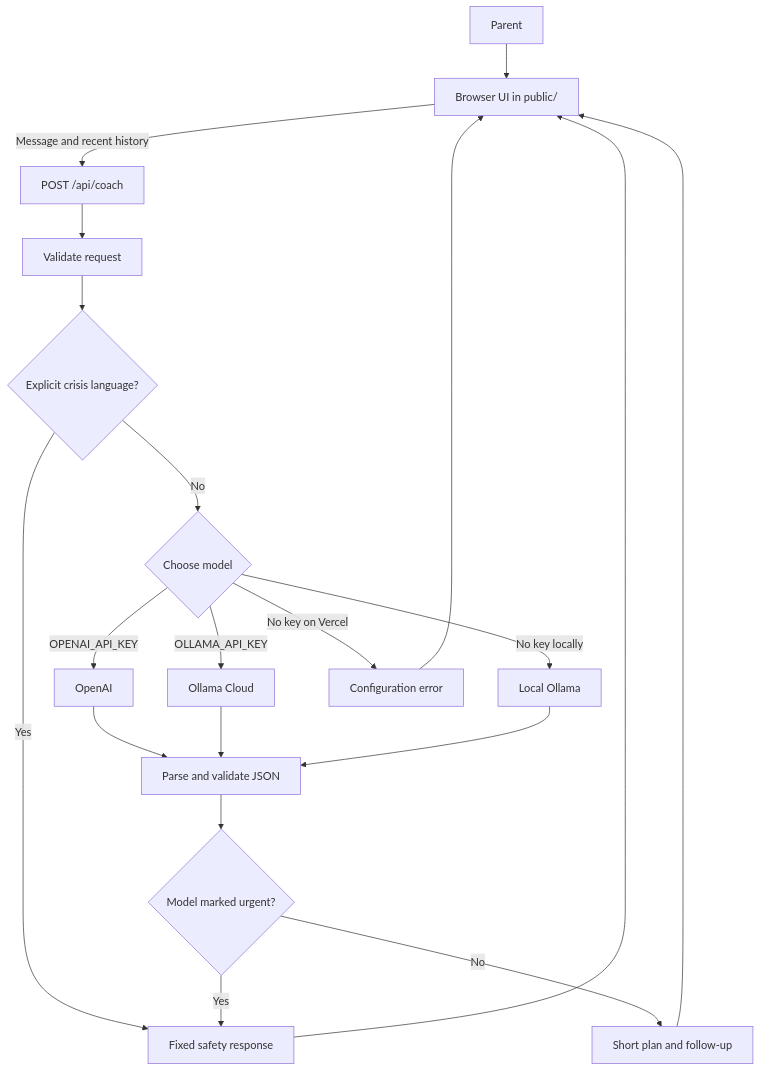
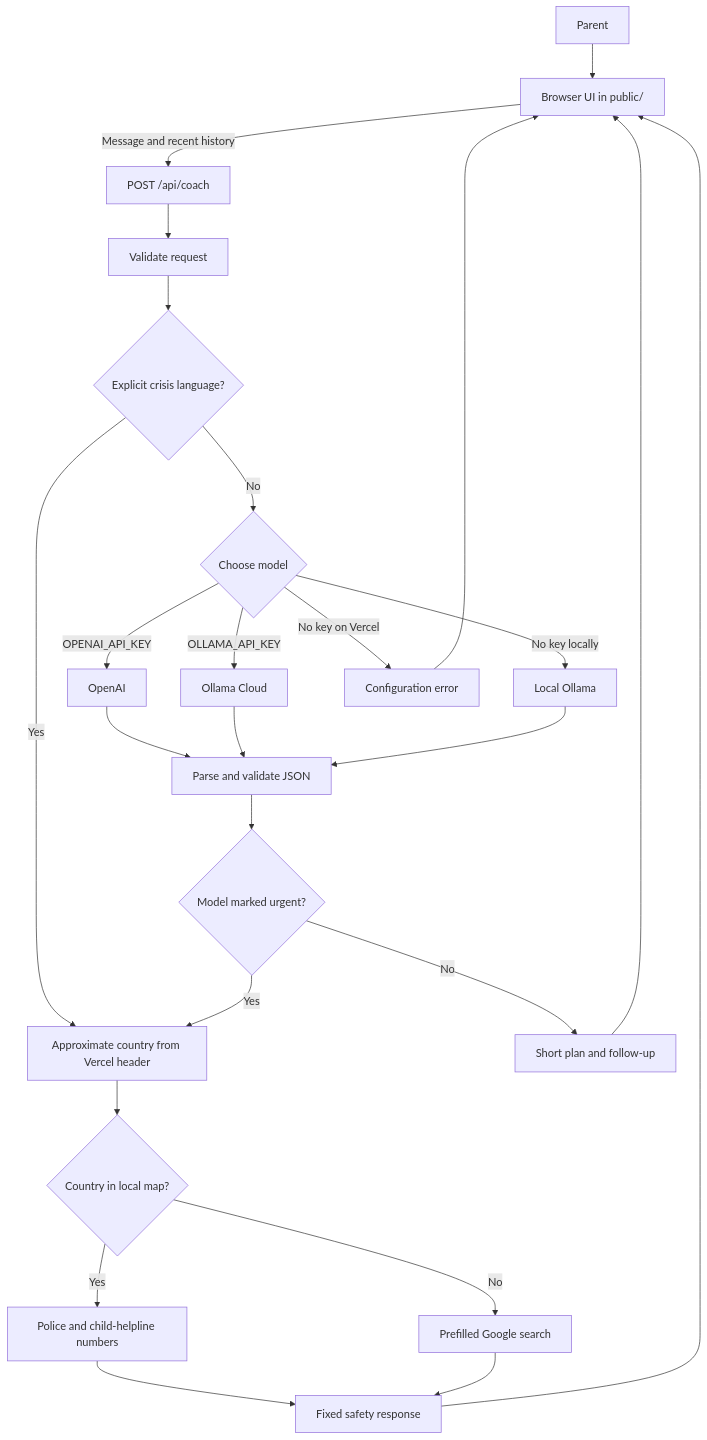
The diagram in README.md (heemankv/alpha-parent-coach), drawn with Mermaid before and after one commit. The commit also changed other lines of this file and 6 other files, not shown here.

Commit message:
extra feature Feature for fun: Add location-aware crisis contacts

````diff
--- a/README.md
+++ b/README.md
@@ -11,22 +11,27 @@
 ```mermaid
 flowchart TD
     Parent[Parent] --> UI[Browser UI in public/]
     UI -->|Message and recent history| API[POST /api/coach]
     API --> Validate[Validate request]
     Validate --> Crisis{Explicit crisis language?}
-    Crisis -->|Yes| Safety[Fixed safety response]
+    Crisis -->|Yes| Location[Approximate country from Vercel header]
     Crisis -->|No| Provider{Choose model}
     Provider -->|OPENAI_API_KEY| OpenAI[OpenAI]
     Provider -->|OLLAMA_API_KEY| Cloud[Ollama Cloud]
     Provider -->|No key locally| Local[Local Ollama]
     Provider -->|No key on Vercel| Error[Configuration error]
     OpenAI --> Check[Parse and validate JSON]
     Cloud --> Check
     Local --> Check
     Check --> Urgent{Model marked urgent?}
-    Urgent -->|Yes| Safety
+    Urgent -->|Yes| Location
     Urgent -->|No| Plan[Short plan and follow-up]
+    Location --> Map{Country in local map?}
+    Map -->|Yes| Numbers[Police and child-helpline numbers]
+    Map -->|No| Search[Prefilled Google search]
+    Numbers --> Safety[Fixed safety response]
+    Search --> Safety
     Safety --> UI
     Plan --> UI
     Error --> UI
 ```
````
